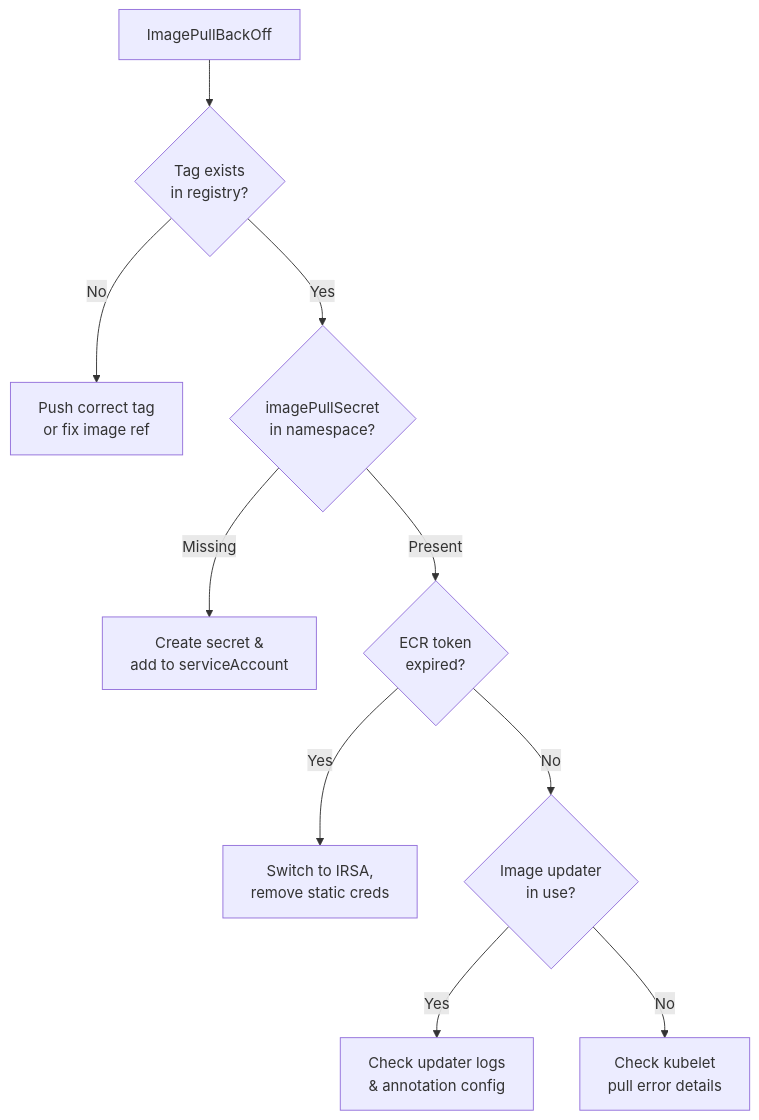
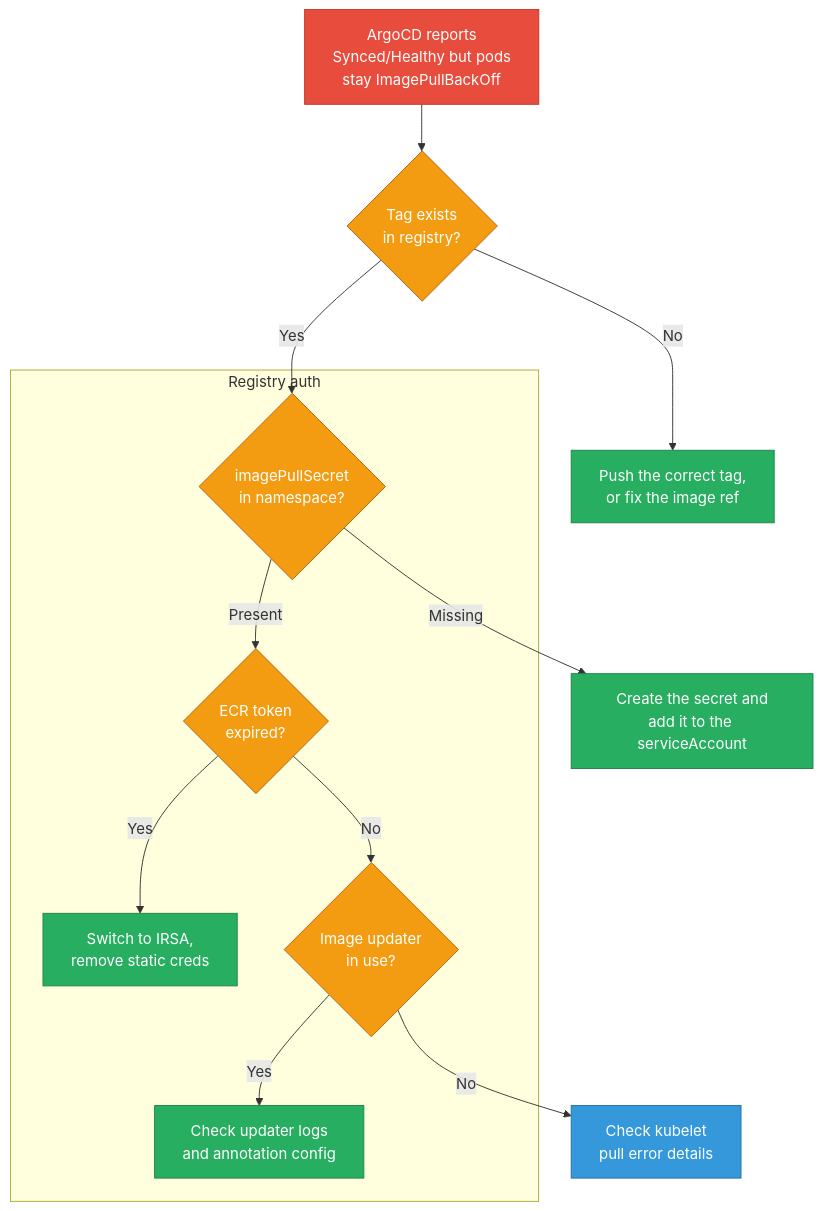
One commit to deepanshu-rawat6/DevOpsIndex changed the fourth of 8 diagrams in sre/cicd-scenarios.md. Above: the diagram before and after it, drawn with Mermaid. The commit also changed other lines of this file and 10 other files, not shown here.

````diff
--- a/sre/cicd-scenarios.md
+++ b/sre/cicd-scenarios.md
@@ -146,12 +270,21 @@
 ```mermaid
 flowchart TD
-    A[ImagePullBackOff] --> B{Tag exists<br/>in registry?}
-    B -- No --> B1[Push correct tag<br/>or fix image ref]
-    B -- Yes --> C{imagePullSecret<br/>in namespace?}
-    C -- Missing --> C1[Create secret &<br/>add to serviceAccount]
-    C -- Present --> D{ECR token<br/>expired?}
-    D -- Yes --> D1[Switch to IRSA,<br/>remove static creds]
-    D -- No --> E{Image updater<br/>in use?}
-    E -- Yes --> E1[Check updater logs<br/>& annotation config]
-    E -- No --> F[Check kubelet<br/>pull error details]
+    classDef err fill:#e74c3c,stroke:#c0392b,color:#fff
+    classDef decision fill:#f39c12,stroke:#ba6018,color:#fff
+    classDef fix fill:#27ae60,stroke:#1e8449,color:#fff
+    classDef verify fill:#3498db,stroke:#2471a3,color:#fff
+
+    A["ArgoCD reports<br/>Synced/Healthy but pods<br/>stay ImagePullBackOff"]:::err --> B{"Tag exists<br/>in registry?"}:::decision
+    B -- No --> B1["Push the correct tag,<br/>or fix the image ref"]:::fix
+    B -- Yes --> C{"imagePullSecret<br/>in namespace?"}:::decision
+    C -- Missing --> C1["Create the secret and<br/>add it to the serviceAccount"]:::fix
+
+    subgraph AUTH["Registry auth"]
+        C -- Present --> D{"ECR token<br/>expired?"}:::decision
+        D -- Yes --> D1["Switch to IRSA,<br/>remove static creds"]:::fix
+        D -- No --> E{"Image updater<br/>in use?"}:::decision
+        E -- Yes --> E1["Check updater logs<br/>and annotation config"]:::fix
+    end
+
+    E -- No --> F["Check kubelet<br/>pull error details"]:::verify
 ```
````
